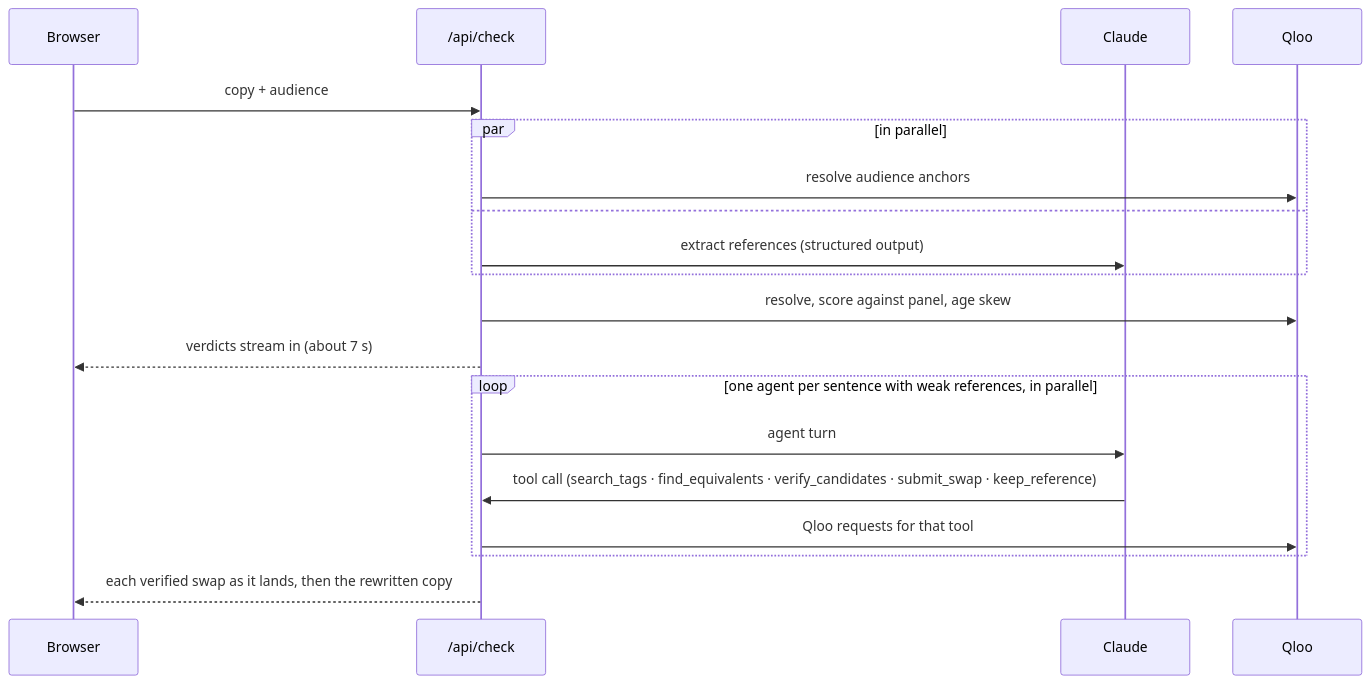
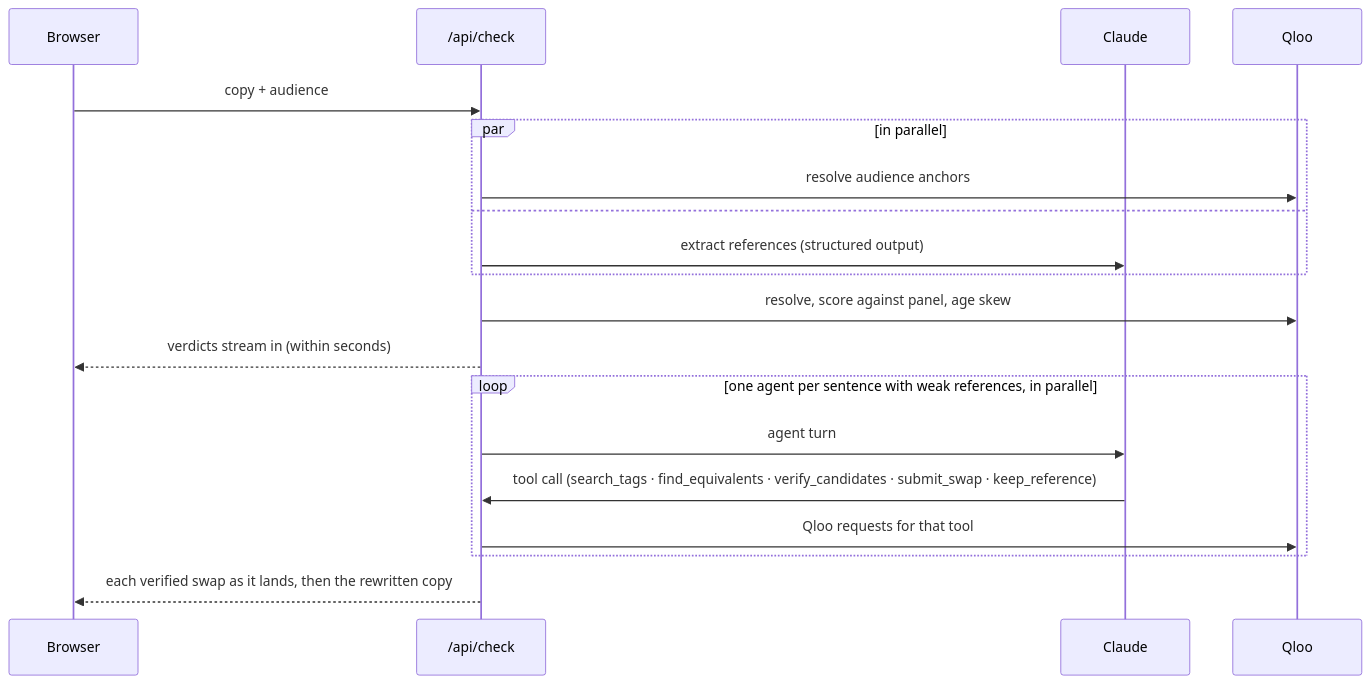
Before and after one commit to TusharTechs/vernacular: the second of 2 diagrams in README.md, drawn with Mermaid. The commit also changed other lines of this file and 59 other files, not shown here.

````diff
--- a/README.md
+++ b/README.md
@@ -217,21 +231,21 @@
 ```mermaid
 sequenceDiagram
   participant U as Browser
   participant S as /api/check
   participant CL as Claude
   participant Q as Qloo
   U->>S: copy + audience
   par in parallel
     S->>Q: resolve audience anchors
   and
     S->>CL: extract references (structured output)
   end
   S->>Q: resolve, score against panel, age skew
-  S-->>U: verdicts stream in (about 7 s)
+  S-->>U: verdicts stream in (within seconds)
   loop one agent per sentence with weak references, in parallel
     S->>CL: agent turn
     CL->>S: tool call (search_tags · find_equivalents · verify_candidates · submit_swap · keep_reference)
     S->>Q: Qloo requests for that tool
   end
   S-->>U: each verified swap as it lands, then the rewritten copy
 ```
````
